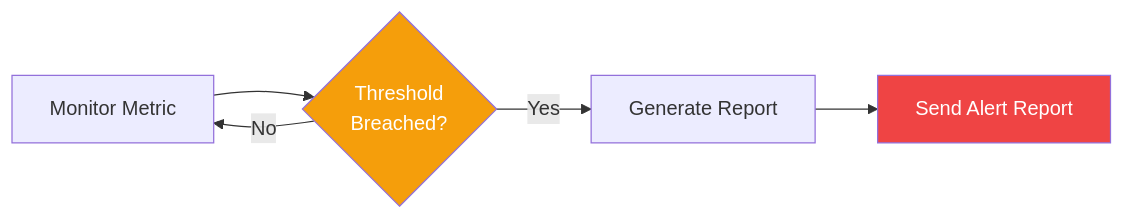
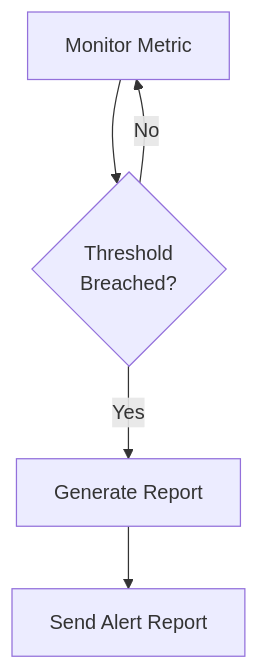
The second of 2 diagrams in platform/reports.mdx (ashishsuperatom/tech-docs), drawn with Mermaid before and after one commit. The commit also changed other lines of this file and 37 other files, not shown here.

First line of the commit message:
Clean up docs: remove em-dashes, fix mermaid diagrams, remove emojis

````diff
--- a/platform/reports.mdx
+++ b/platform/reports.mdx
@@ -127,10 +126,8 @@
 ```mermaid
-flowchart LR
+flowchart TD
     MONITOR["Monitor Metric"] --> THRESHOLD{"Threshold\nBreached?"}
     THRESHOLD -->|Yes| GENERATE["Generate Report"]
     THRESHOLD -->|No| MONITOR
     GENERATE --> ALERT["Send Alert Report"]
 
-    style THRESHOLD fill:#f59e0b,color:#fff
-    style ALERT fill:#ef4444,color:#fff
 ```
````
